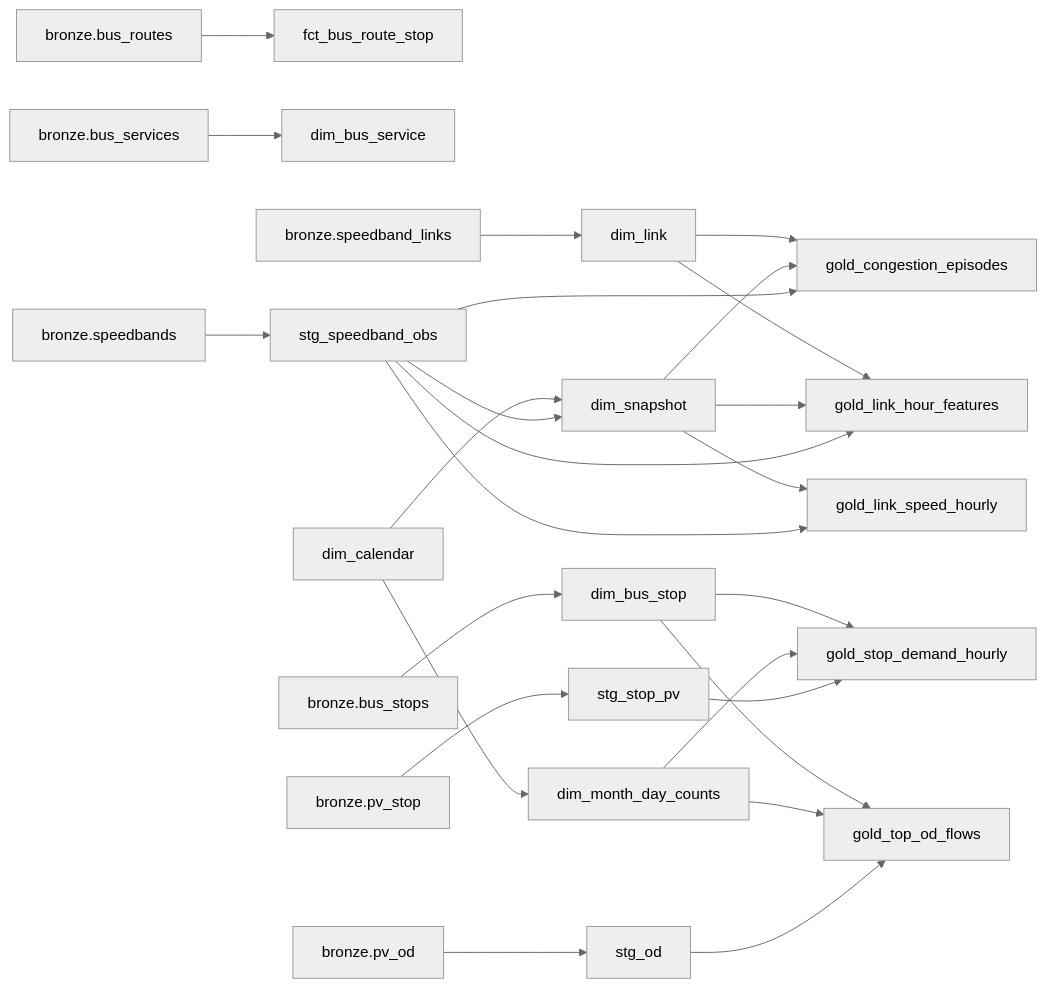
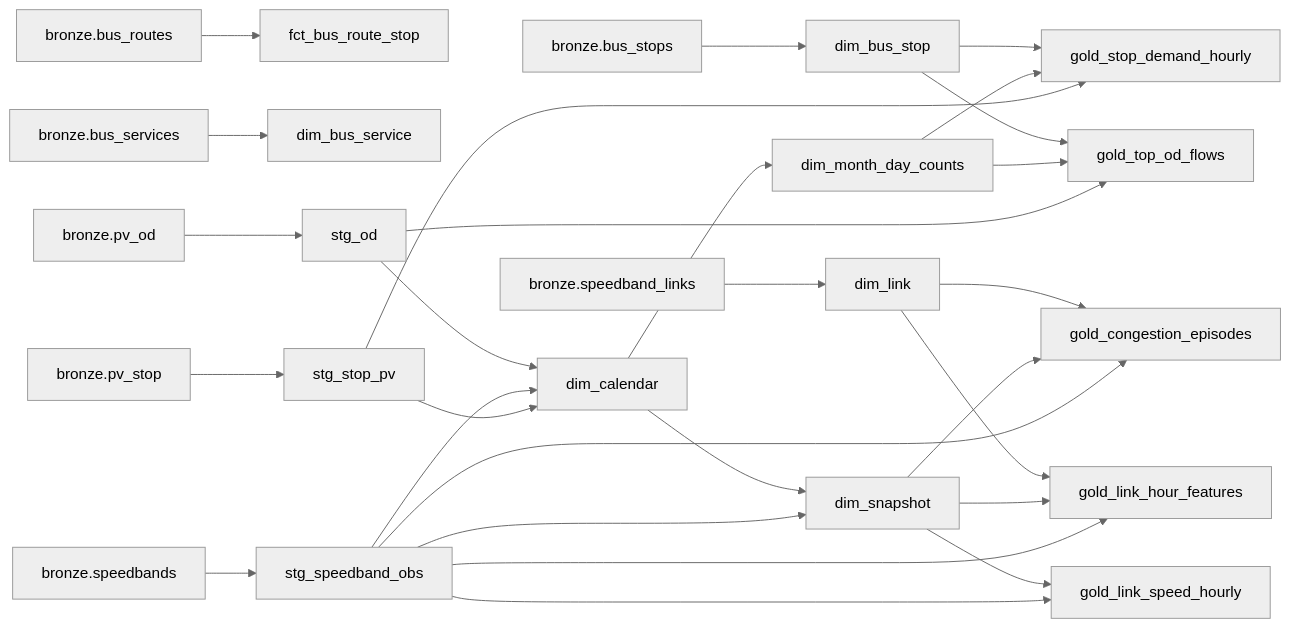
The diagram in docs/CATALOG.md (LUOaini1213/sg-traffic-lakehouse), drawn with Mermaid (neutral theme) before and after one commit. The commit also changed other lines of this file and 18 other files, not shown here.

````diff
--- a/docs/CATALOG.md
+++ b/docs/CATALOG.md
@@ -7,27 +7,30 @@
 ```mermaid
 flowchart LR
   bronze_bus_routes[bronze.bus_routes] --> fct_bus_route_stop[fct_bus_route_stop]
   bronze_bus_services[bronze.bus_services] --> dim_bus_service[dim_bus_service]
   bronze_bus_stops[bronze.bus_stops] --> dim_bus_stop[dim_bus_stop]
   bronze_pv_od[bronze.pv_od] --> stg_od[stg_od]
   bronze_pv_stop[bronze.pv_stop] --> stg_stop_pv[stg_stop_pv]
   bronze_speedband_links[bronze.speedband_links] --> dim_link[dim_link]
   bronze_speedbands[bronze.speedbands] --> stg_speedband_obs[stg_speedband_obs]
   dim_bus_stop[dim_bus_stop] --> gold_stop_demand_hourly[gold_stop_demand_hourly]
   dim_bus_stop[dim_bus_stop] --> gold_top_od_flows[gold_top_od_flows]
   dim_calendar[dim_calendar] --> dim_month_day_counts[dim_month_day_counts]
   dim_calendar[dim_calendar] --> dim_snapshot[dim_snapshot]
   dim_link[dim_link] --> gold_congestion_episodes[gold_congestion_episodes]
   dim_link[dim_link] --> gold_link_hour_features[gold_link_hour_features]
   dim_month_day_counts[dim_month_day_counts] --> gold_stop_demand_hourly[gold_stop_demand_hourly]
   dim_month_day_counts[dim_month_day_counts] --> gold_top_od_flows[gold_top_od_flows]
   dim_snapshot[dim_snapshot] --> gold_congestion_episodes[gold_congestion_episodes]
   dim_snapshot[dim_snapshot] --> gold_link_hour_features[gold_link_hour_features]
   dim_snapshot[dim_snapshot] --> gold_link_speed_hourly[gold_link_speed_hourly]
+  stg_od[stg_od] --> dim_calendar[dim_calendar]
   stg_od[stg_od] --> gold_top_od_flows[gold_top_od_flows]
+  stg_speedband_obs[stg_speedband_obs] --> dim_calendar[dim_calendar]
   stg_speedband_obs[stg_speedband_obs] --> dim_snapshot[dim_snapshot]
   stg_speedband_obs[stg_speedband_obs] --> gold_congestion_episodes[gold_congestion_episodes]
   stg_speedband_obs[stg_speedband_obs] --> gold_link_hour_features[gold_link_hour_features]
   stg_speedband_obs[stg_speedband_obs] --> gold_link_speed_hourly[gold_link_speed_hourly]
+  stg_stop_pv[stg_stop_pv] --> dim_calendar[dim_calendar]
   stg_stop_pv[stg_stop_pv] --> gold_stop_demand_hourly[gold_stop_demand_hourly]
 ```
````
